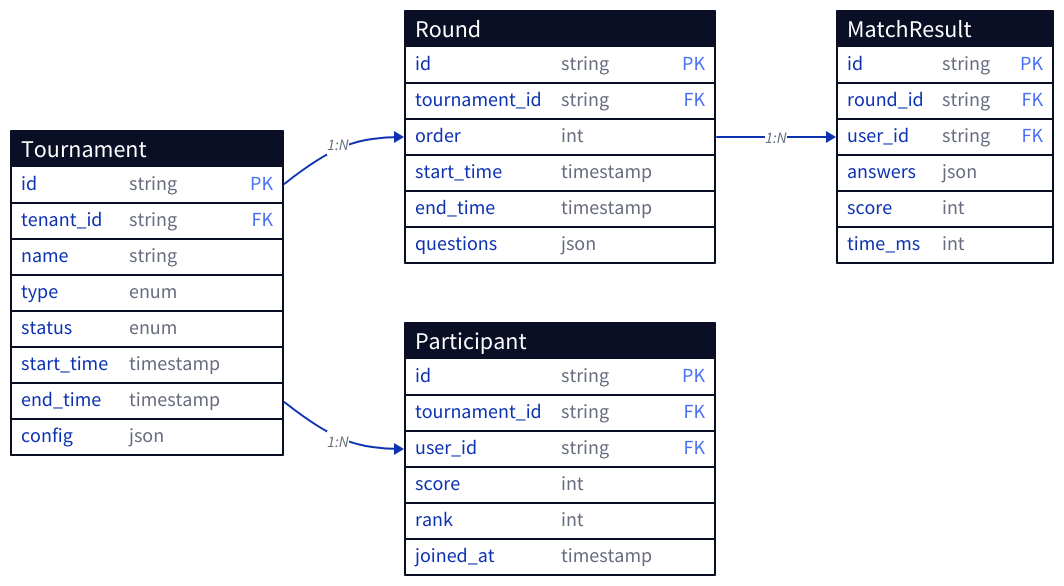
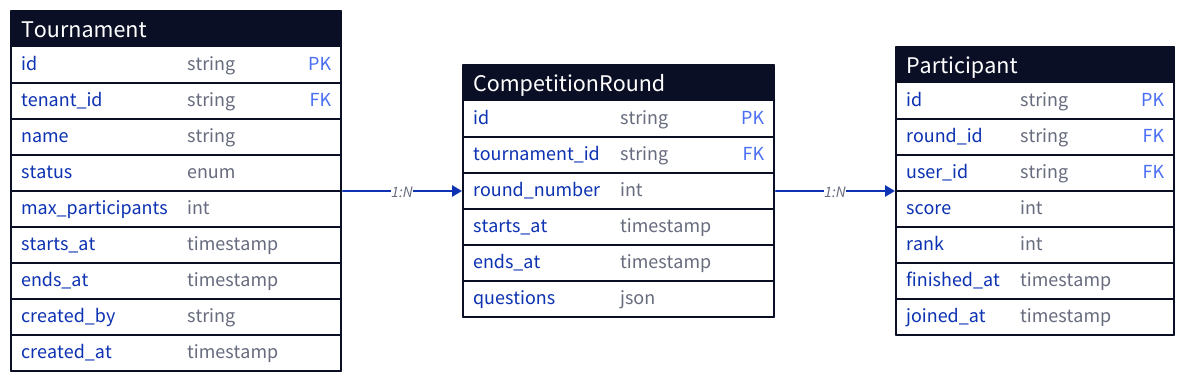
The sixth of 6 diagrams in spec/modules/tournament.md (philongdanh/lms), drawn with D2 before and after one commit. The commit also changed 100 other files, not shown here.

````diff
--- a/spec/modules/tournament.md
+++ b/spec/modules/tournament.md
@@ -152,49 +152,40 @@
 ```d2
 direction: right
 
 Tournament: {
   shape: sql_table
   id: string {constraint: primary_key}
   tenant_id: string {constraint: foreign_key}
   name: string
-  type: enum
   status: enum
-  start_time: timestamp
-  end_time: timestamp
-  config: json
+  max_participants: int
+  starts_at: timestamp
+  ends_at: timestamp
+  created_by: string
+  created_at: timestamp
 }
 
-Round: {
+CompetitionRound: {
   shape: sql_table
   id: string {constraint: primary_key}
   tournament_id: string {constraint: foreign_key}
-  order: int
-  start_time: timestamp
-  end_time: timestamp
+  round_number: int
+  starts_at: timestamp
+  ends_at: timestamp
   questions: json
 }
 
 Participant: {
   shape: sql_table
   id: string {constraint: primary_key}
-  tournament_id: string {constraint: foreign_key}
+  round_id: string {constraint: foreign_key}
   user_id: string {constraint: foreign_key}
   score: int
   rank: int
+  finished_at: timestamp
   joined_at: timestamp
 }
 
-MatchResult: {
-  shape: sql_table
-  id: string {constraint: primary_key}
-  round_id: string {constraint: foreign_key}
-  user_id: string {constraint: foreign_key}
-  answers: json
-  score: int
-  time_ms: int
-}
-
-Tournament -> Round: 1:N
-Tournament -> Participant: 1:N
-Round -> MatchResult: 1:N
+Tournament -> CompetitionRound: 1:N
+CompetitionRound -> Participant: 1:N
 ```
````
